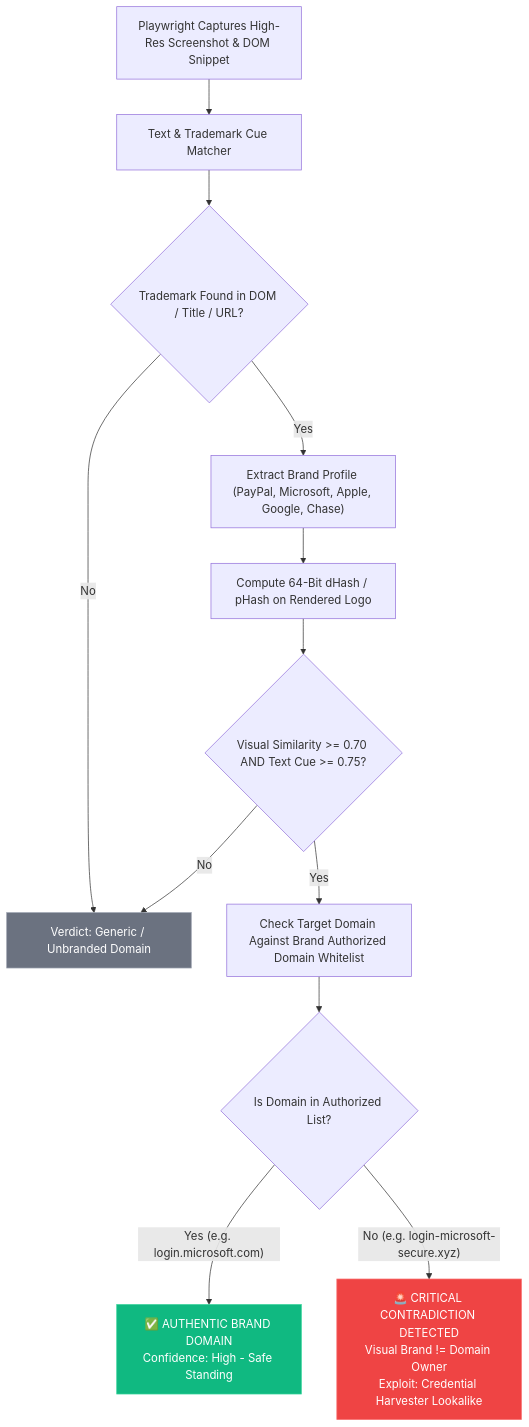
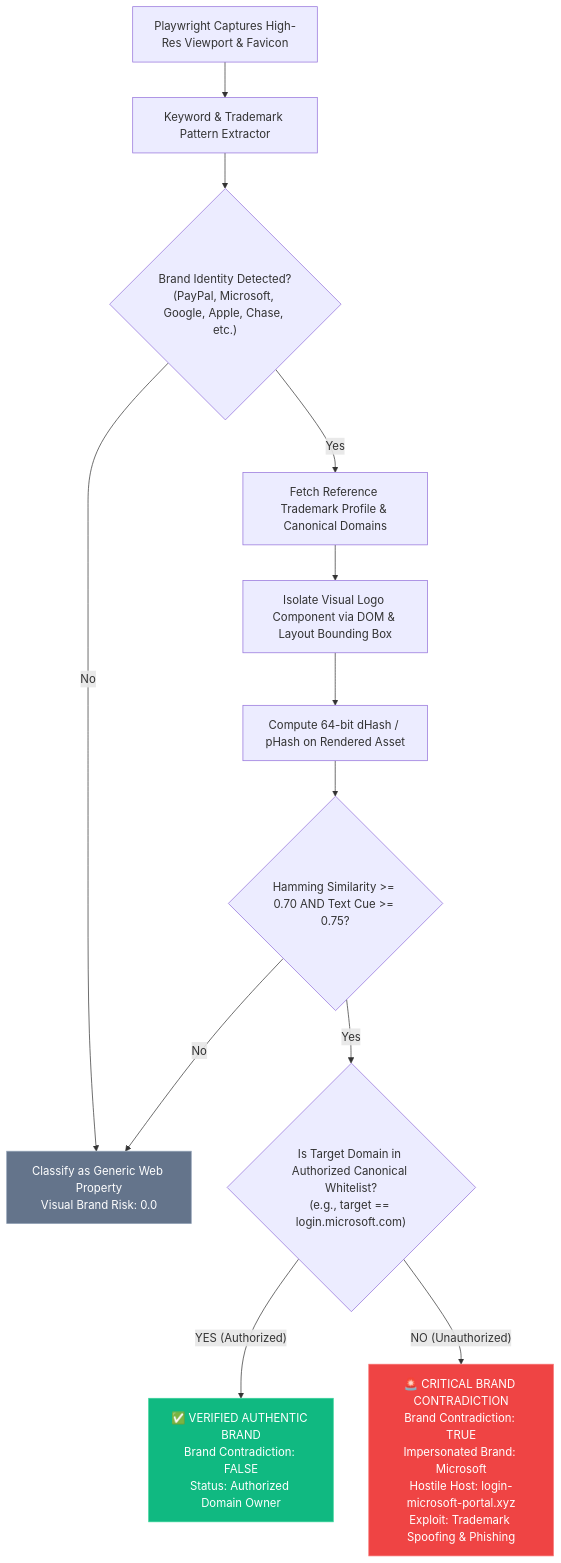
One commit to Ashutosh6226Tiwari/Cyberguard-AI changed the third of 6 diagrams in README.md. Above: the diagram before and after it, drawn with Mermaid. The commit also changed other lines of this file and 10 other files, not shown here.

Commit message:
feat(soc): complete UI overhaul for all new features and rewrite README with architectural specifications

````diff
--- a/README.md
+++ b/README.md
@@ -210,22 +182,22 @@
 ```mermaid
 flowchart TD
-    A["Playwright Captures High-Res Screenshot & DOM Snippet"] --> B["Text & Trademark Cue Matcher"]
-    B --> C{"Trademark Found in DOM / Title / URL?"}
+    CAPTURE["Playwright Captures High-Res Viewport & Favicon"] --> TEXT_SCAN["Keyword & Trademark Pattern Extractor"]
     
-    C -- "No" --> D["Verdict: Generic / Unbranded Domain"]
-    C -- "Yes" --> E["Extract Brand Profile (PayPal, Microsoft, Apple, Google, Chase)"]
+    TEXT_SCAN --> HAS_BRAND{"Brand Identity Detected?<br/>(PayPal, Microsoft, Google, Apple, Chase, etc.)"}
+    HAS_BRAND -- "No" --> GENERIC["Classify as Generic Web Property<br/>Visual Brand Risk: 0.0"]
+    HAS_BRAND -- "Yes" --> RETRIEVE["Fetch Reference Trademark Profile & Canonical Domains"]
     
-    E --> F["Compute 64-Bit dHash / pHash on Rendered Logo"]
-    F --> G{"Visual Similarity >= 0.70 AND Text Cue >= 0.75?"}
+    RETRIEVE --> LOGO_CROP["Isolate Visual Logo Component via DOM & Layout Bounding Box"]
+    LOGO_CROP --> HASH_COMPUTE["Compute 64-bit dHash / pHash on Rendered Asset"]
     
-    G -- "No" --> D
-    G -- "Yes" --> H["Check Target Domain Against Brand Authorized Domain Whitelist"]
+    HASH_COMPUTE --> SIMILARITY{"Hamming Similarity >= 0.70 AND Text Cue >= 0.75?"}
+    SIMILARITY -- "No" --> GENERIC
+    SIMILARITY -- "Yes" --> WHITELIST_CHECK{"Is Target Domain in Authorized Canonical Whitelist?<br/>(e.g., target == login.microsoft.com)"}
     
-    H --> I{"Is Domain in Authorized List?"}
-    I -- "Yes (e.g. login.microsoft.com)" --> J["✅ AUTHENTIC BRAND DOMAIN<br/>Confidence: High - Safe Standing"]
-    I -- "No (e.g. login-microsoft-secure.xyz)" --> K["🚨 CRITICAL CONTRADICTION DETECTED<br/>Visual Brand != Domain Owner<br/>Exploit: Credential Harvester Lookalike"]
+    WHITELIST_CHECK -- "YES (Authorized)" --> AUTHENTIC["✅ VERIFIED AUTHENTIC BRAND<br/>Brand Contradiction: FALSE<br/>Status: Authorized Domain Owner"]
+    WHITELIST_CHECK -- "NO (Unauthorized)" --> ALARM["🚨 CRITICAL BRAND CONTRADICTION<br/>Brand Contradiction: TRUE<br/>Impersonated Brand: Microsoft<br/>Hostile Host: login-microsoft-portal.xyz<br/>Exploit: Trademark Spoofing & Phishing"]
 
-    style J fill:#10b981,stroke:#34d399,color:#fff
-    style K fill:#ef4444,stroke:#f87171,color:#fff
-    style D fill:#6b7280,stroke:#9ca3af,color:#fff
+    style AUTHENTIC fill:#10b981,stroke:#34d399,color:#fff
+    style ALARM fill:#ef4444,stroke:#f87171,color:#fff
+    style GENERIC fill:#64748b,stroke:#94a3b8,color:#fff
 ```
````
